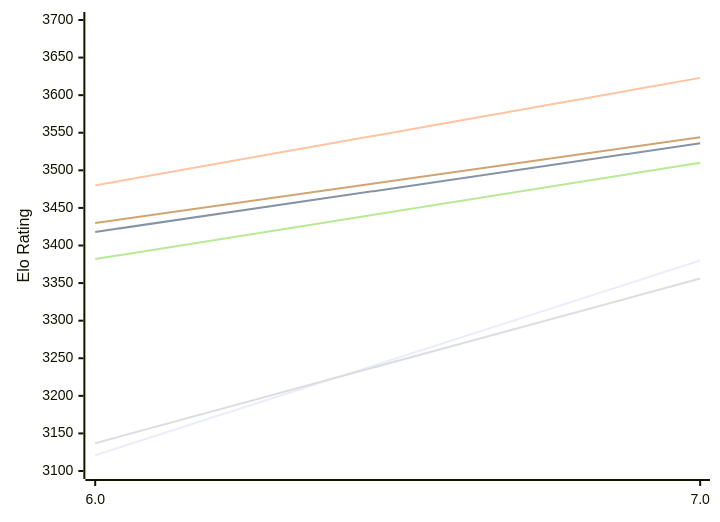
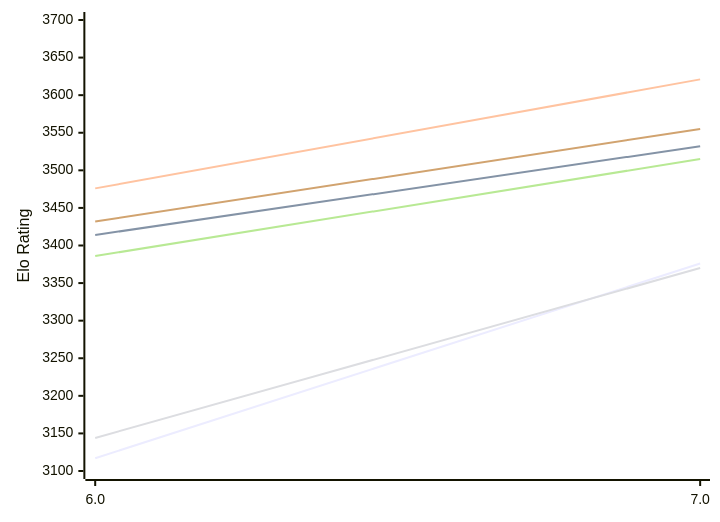
Before and after one commit to computer-chess-index/cci: the first of 2 diagrams in engines/Devre.md, drawn with Mermaid. The commit also changed other lines of this file, not shown here.

Commit message:
Update CCI Ratings (ELO VLTC) - 2026-11-21

````diff
--- a/engines/Devre.md
+++ b/engines/Devre.md
@@ -50,12 +50,12 @@
 ```mermaid
 %%{init: {"theme":"base","themeVariables":{"seriesColors:['#a3a3a3','#222221','#faa371']}}}%%
 xychart-beta
   x-axis ["6.0", "7.0"]
   y-axis "Elo Rating" 3100 --> 3700
-  line "E1: STC (8.0+0.08s)" [3121, 3380]
-  line "E1: LTC (60.0+0.60s)" [3418, 3536]
-  line "E1: VLTC (2m24s+1.12s)" [3480, 3623]
-  line "P1: STC (8.0+0.08s)" [3137, 3356]
-  line "P1: LTC (60.0+0.60s)" [3382, 3510]
-  line "P1: VLTC (2m24s+1.12s)" [3430, 3544]
+  line "E1: STC (8.0+0.08s)" [3117, 3376]
+  line "E1: LTC (60.0+0.60s)" [3414, 3532]
+  line "E1: VLTC (2m24s+1.12s)" [3476, 3621]
+  line "P1: STC (8.0+0.08s)" [3144, 3370]
+  line "P1: LTC (60.0+0.60s)" [3386, 3515]
+  line "P1: VLTC (2m24s+1.12s)" [3432, 3555]
 ```
````
